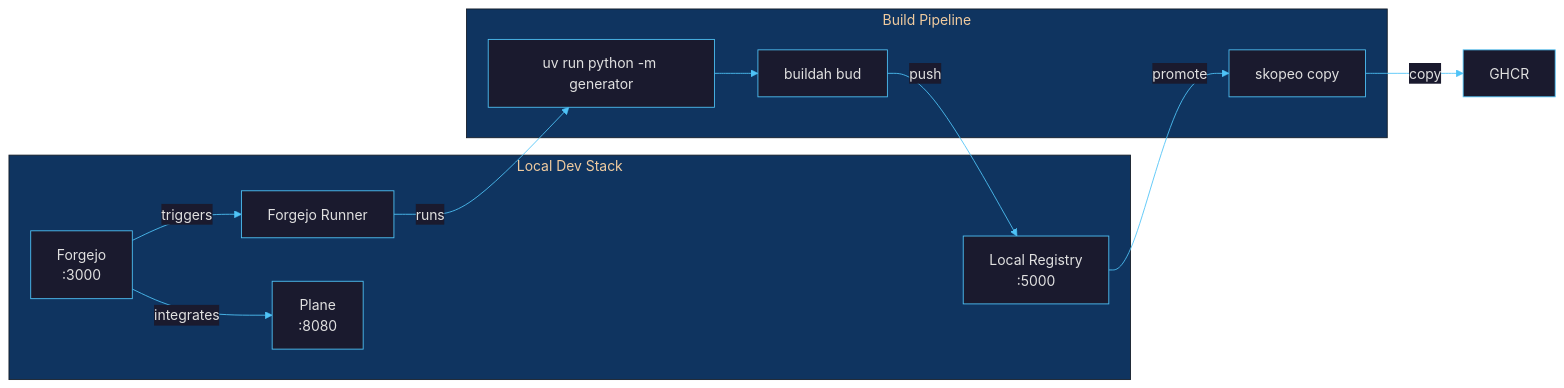
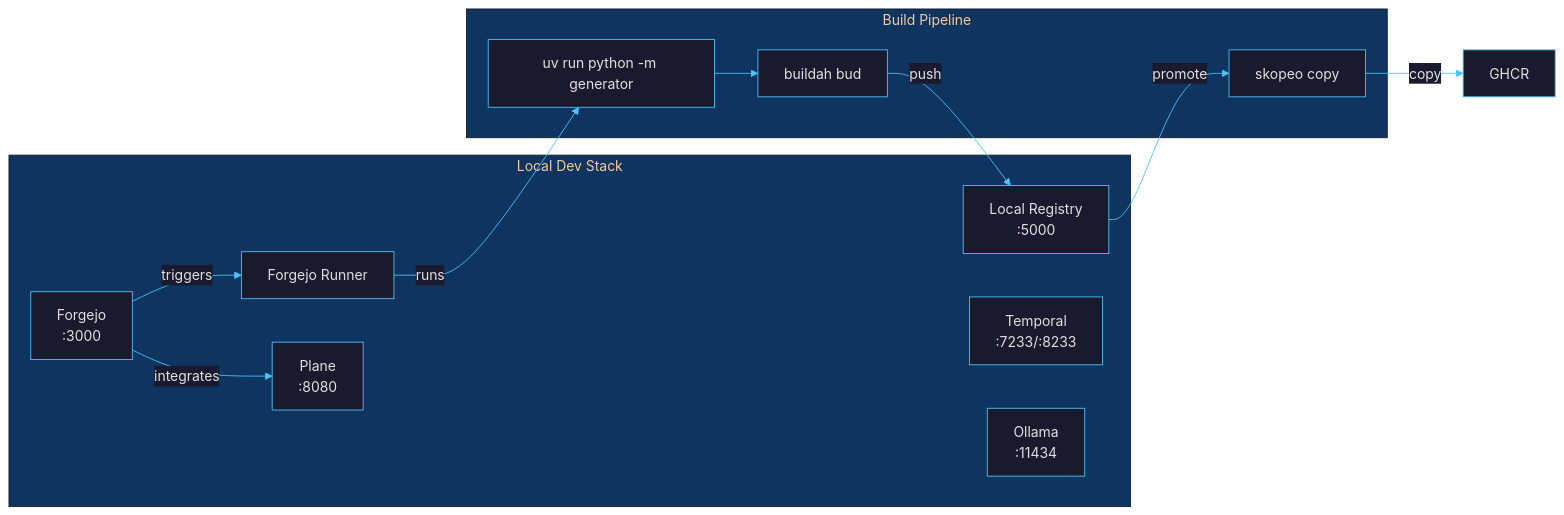
One commit to borninthedark/exousia changed the diagram in docs/local-build-pipeline.md. Above: the diagram before and after it, drawn with Mermaid. The commit also changed other lines of this file and 10 other files, not shown here.

````diff
--- a/docs/local-build-pipeline.md
+++ b/docs/local-build-pipeline.md
@@ -9,24 +9,26 @@
 ```mermaid
 %%{init: {'theme': 'base', 'themeVariables': {'primaryColor': '#1a1a2e', 'primaryTextColor': '#e0e0e0', 'primaryBorderColor': '#4fc3f7', 'lineColor': '#4fc3f7', 'secondaryColor': '#16213e', 'tertiaryColor': '#0f3460', 'edgeLabelBackground': '#1a1a2e'}}}%%
 graph LR
     subgraph LOCAL["Local Dev Stack"]
         FG["Forgejo<br/>:3000"]
         RN["Forgejo Runner"]
         REG["Local Registry<br/>:5000"]
         PL["Plane<br/>:8080"]
+        TMP["Temporal<br/>:7233/:8233"]
+        OLL["Ollama<br/>:11434"]
     end
 
     subgraph BUILD["Build Pipeline"]
         GEN["uv run python -m generator"]
         BA["buildah bud"]
         SK["skopeo copy"]
     end
 
     FG -->|triggers| RN
     FG -->|integrates| PL
     RN -->|runs| GEN
     GEN --> BA
     BA -->|push| REG
     REG -->|promote| SK
     SK -->|copy| GH["GHCR"]
 ```
````
